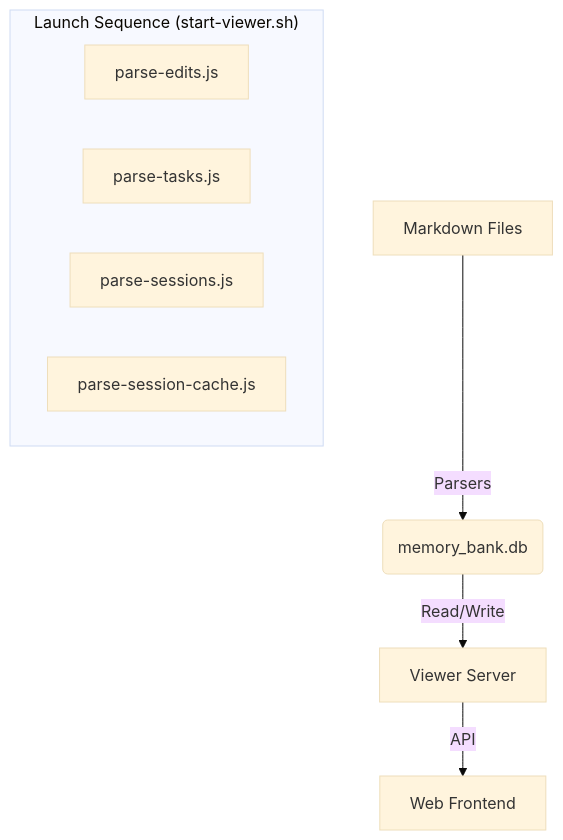
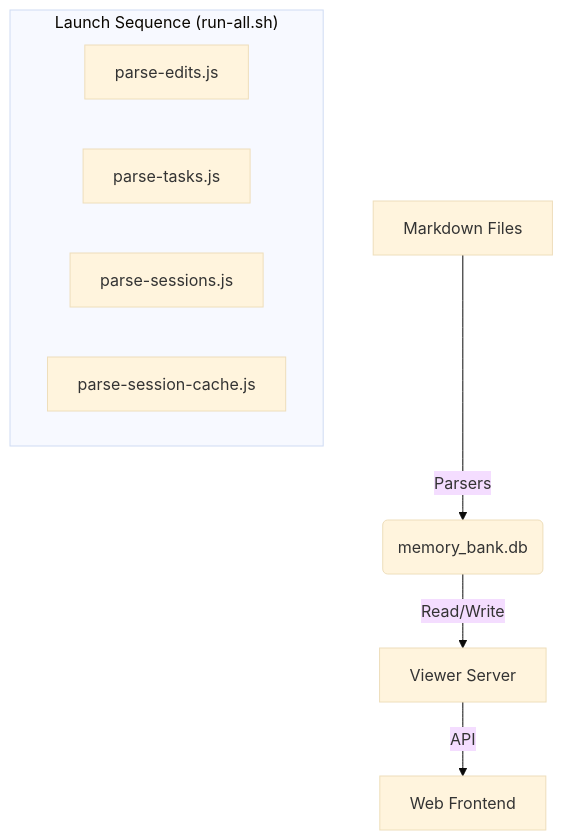
The diagram in memory-bank/implementation-details/modular-viewer-architecture.md (space-cadet/memory-bank), drawn with Mermaid (base theme) before and after one commit. The commit also changed other lines of this file and 27 other files, not shown here.

````diff
--- a/memory-bank/implementation-details/modular-viewer-architecture.md
+++ b/memory-bank/implementation-details/modular-viewer-architecture.md
@@ -16,13 +16,13 @@
 ```mermaid
 graph TD
     A[Markdown Files] -->|Parsers| B(memory_bank.db)
     B -->|Read/Write| C[Viewer Server]
     C -->|API| D[Web Frontend]
     
-    subgraph "Launch Sequence (start-viewer.sh)"
+    subgraph "Launch Sequence (run-all.sh)"
     P1[parse-edits.js]
     P2[parse-tasks.js]
     P3[parse-sessions.js]
     P4[parse-session-cache.js]
     end
 ```
````
